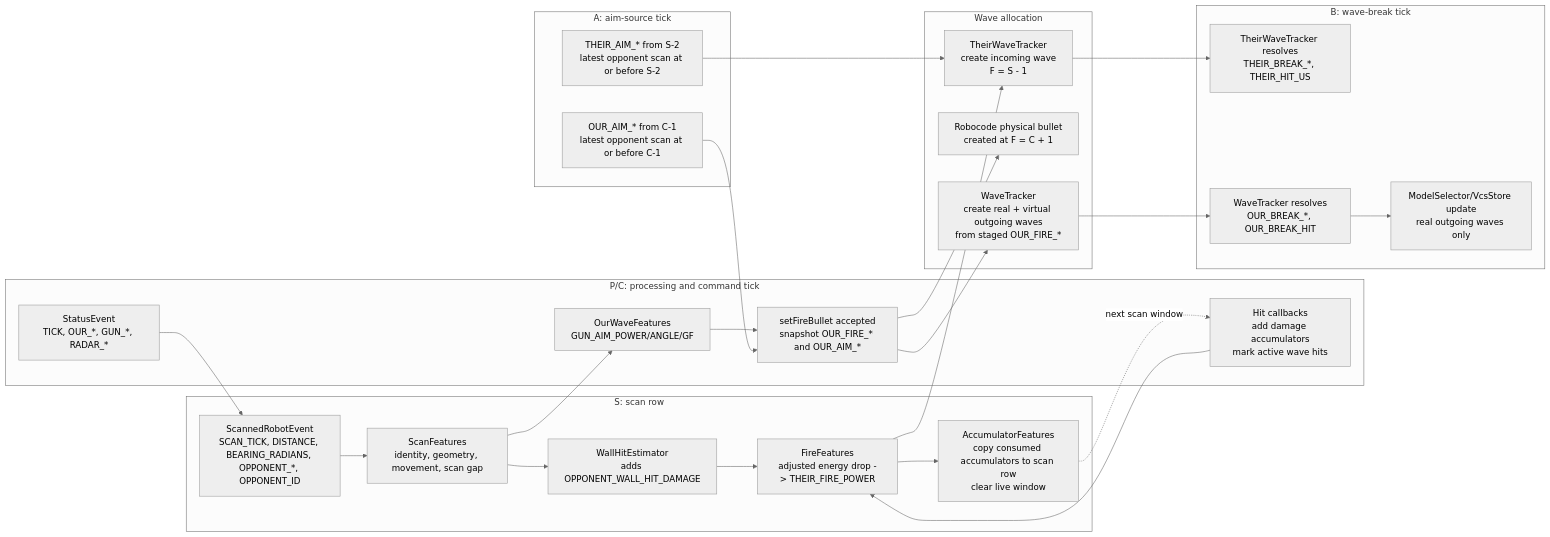
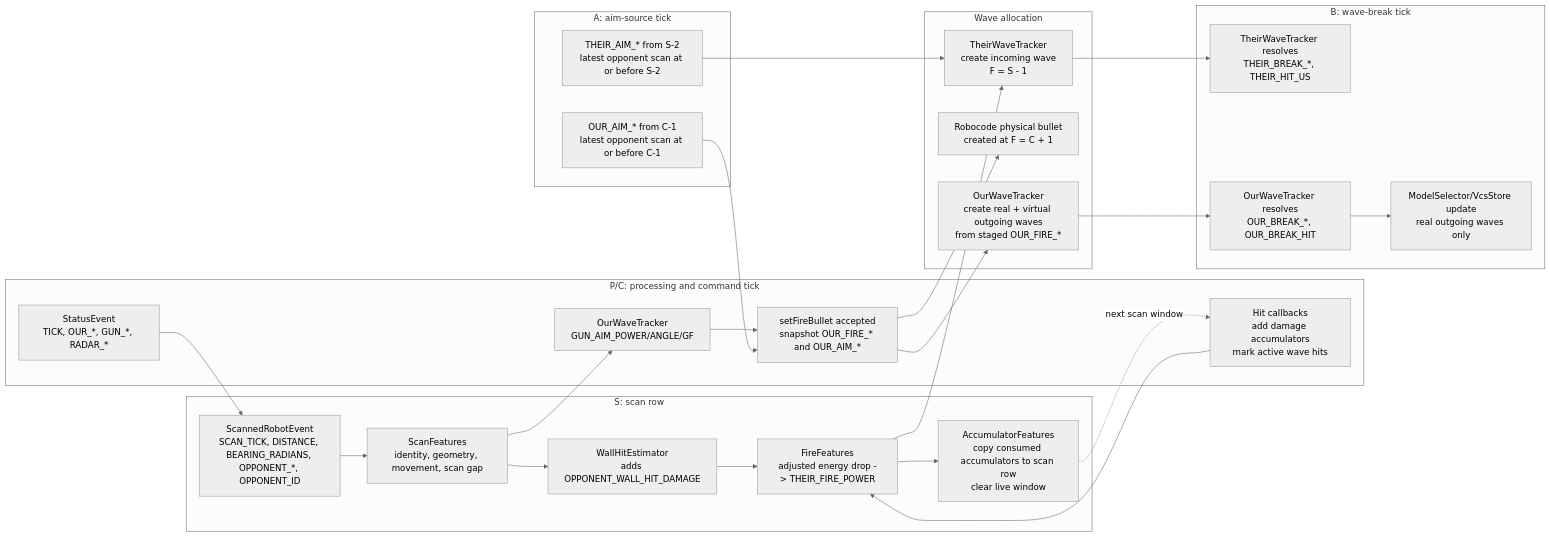
The diagram in wiki/feature-flow.md (pavelsavara/robocode-autopilot), drawn with Mermaid (neutral theme) before and after one commit. The commit also changed other lines of this file and 7 other files, not shown here.

````diff
--- a/wiki/feature-flow.md
+++ b/wiki/feature-flow.md
@@ -262,46 +271,46 @@
 ```mermaid
 flowchart LR
     subgraph A["A: aim-source tick"]
         AOur["OUR_AIM_* from C-1\nlatest opponent scan at or before C-1"]
         ATheir["THEIR_AIM_* from S-2\nlatest opponent scan at or before S-2"]
     end
 
     subgraph Scan["S: scan row"]
         RawScan["ScannedRobotEvent\nSCAN_TICK, DISTANCE, BEARING_RADIANS, OPPONENT_*, OPPONENT_ID"]
         ScanDerived["ScanFeatures\nidentity, geometry, movement, scan gap"]
         Wall["WallHitEstimator\nadds OPPONENT_WALL_HIT_DAMAGE"]
         Fire["FireFeatures\nadjusted energy drop -> THEIR_FIRE_POWER"]
         AccumCopy["AccumulatorFeatures\ncopy consumed accumulators to scan row\nclear live window"]
     end
 
     subgraph P["P/C: processing and command tick"]
         Status["StatusEvent\nTICK, OUR_*, GUN_*, RADAR_*"]
         HitEvents["Hit callbacks\nadd damage accumulators\nmark active wave hits"]
-        Aim["OurWaveFeatures\nGUN_AIM_POWER/ANGLE/GF"]
+        Aim["OurWaveTracker\nGUN_AIM_POWER/ANGLE/GF"]
         Command["setFireBullet accepted\nsnapshot OUR_FIRE_* and OUR_AIM_*"]
     end
 
     subgraph Waves["Wave allocation"]
         TheirWave["TheirWaveTracker\ncreate incoming wave\nF = S - 1"]
         OurPhysical["Robocode physical bullet\ncreated at F = C + 1"]
-        OurWave["WaveTracker\ncreate real + virtual outgoing waves\nfrom staged OUR_FIRE_*"]
+        OurWave["OurWaveTracker\ncreate real + virtual outgoing waves\nfrom staged OUR_FIRE_*"]
     end
 
     subgraph B["B: wave-break tick"]
         TheirBreak["TheirWaveTracker resolves\nTHEIR_BREAK_*, THEIR_HIT_US"]
-        OurBreak["WaveTracker resolves\nOUR_BREAK_*, OUR_BREAK_HIT"]
+        OurBreak["OurWaveTracker resolves\nOUR_BREAK_*, OUR_BREAK_HIT"]
         Models["ModelSelector/VcsStore update\nreal outgoing waves only"]
     end
 
     Status --> RawScan --> ScanDerived --> Wall --> Fire --> AccumCopy
     HitEvents --> Fire
     AccumCopy -. "next scan window" .-> HitEvents
     ScanDerived --> Aim --> Command
     AOur --> Command
     Fire --> TheirWave
     ATheir --> TheirWave
     Command --> OurPhysical
     Command --> OurWave
     OurWave --> OurBreak --> Models
     TheirWave --> TheirBreak
 ```
````
